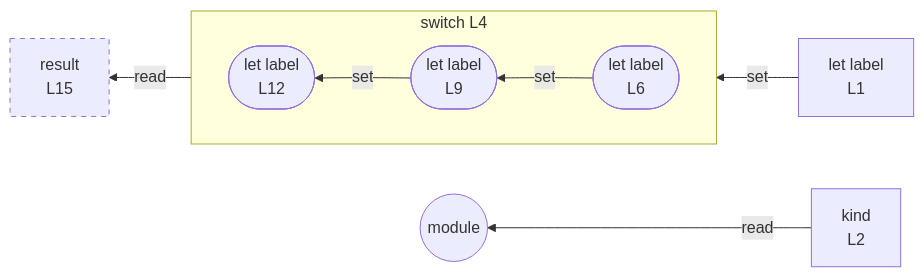
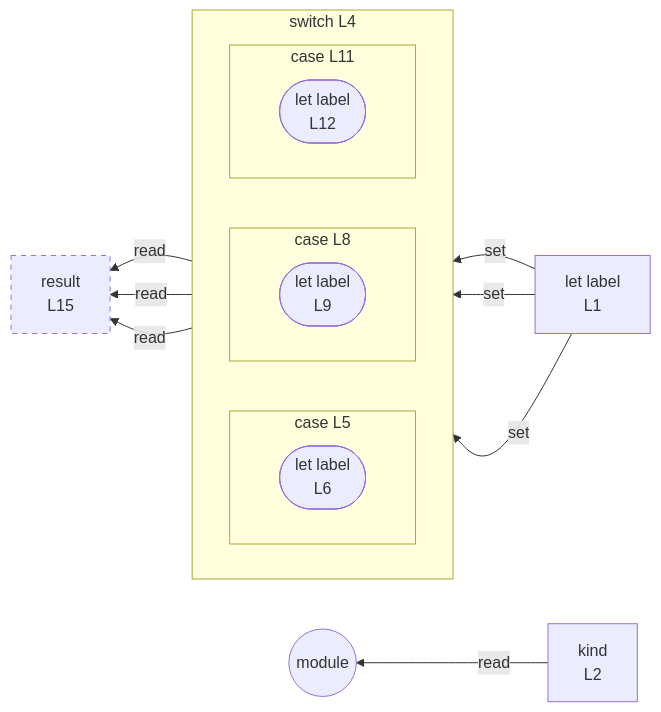
One commit to crescware/unsnarl changed the diagram in integration/fixtures/control-switch-break/preview.md. Above: the diagram before and after it, drawn with Mermaid. The commit also changed 11 other files, not shown here.

````diff
--- a/integration/fixtures/control-switch-break/preview.md
+++ b/integration/fixtures/control-switch-break/preview.md
@@ -25,20 +25,31 @@
 ```mermaid
 flowchart RL
   n_scope_0_label_4["let label<br/>L1"]
   n_scope_0_kind_22["kind<br/>L2"]
   n_scope_0_result_179["result<br/>L15"]
   subgraph s_scope_1["switch L4"]
     direction RL
-    wr_ref_1(["let label<br/>L6"])
-    wr_ref_2(["let label<br/>L9"])
-    wr_ref_3(["let label<br/>L12"])
+    subgraph s_scope_2["case L5"]
+      direction RL
+      wr_ref_1(["let label<br/>L6"])
+    end
+    subgraph s_scope_3["case L8"]
+      direction RL
+      wr_ref_2(["let label<br/>L9"])
+    end
+    subgraph s_scope_4["case L11"]
+      direction RL
+      wr_ref_3(["let label<br/>L12"])
+    end
   end
   n_scope_0_label_4 -->|set| wr_ref_1
-  wr_ref_1 -->|set| wr_ref_2
-  wr_ref_2 -->|set| wr_ref_3
+  n_scope_0_label_4 -->|set| wr_ref_2
+  n_scope_0_label_4 -->|set| wr_ref_3
   n_scope_0_kind_22 -->|read| module_root
+  wr_ref_1 -->|read| n_scope_0_result_179
+  wr_ref_2 -->|read| n_scope_0_result_179
   wr_ref_3 -->|read| n_scope_0_result_179
   module_root((module))
   classDef unused stroke-dasharray: 5 5;
   class n_scope_0_result_179 unused;
 ```
````
